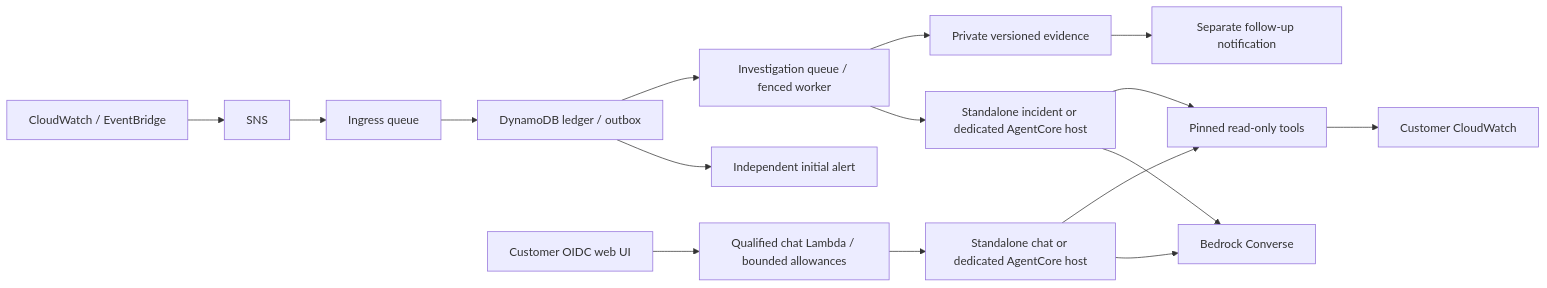
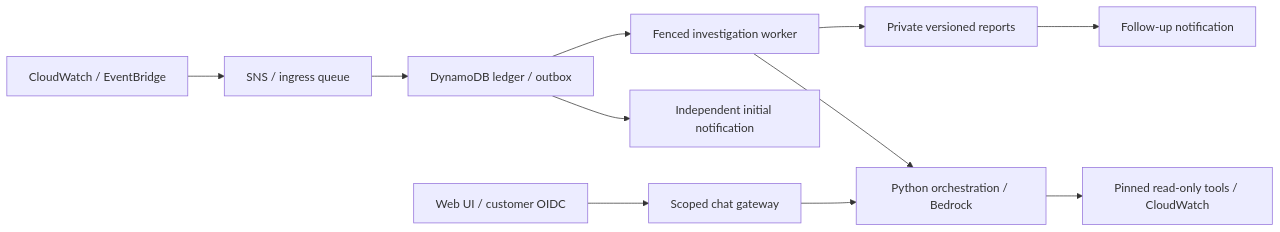
Before and after one commit to hamzashah14/Argus: the diagram in README.md, drawn with Mermaid. The commit also changed other lines of this file and 128 other files, not shown here.

````diff
--- a/README.md
+++ b/README.md
@@ -28,18 +19,13 @@
 ```mermaid
 flowchart LR
-    Events[CloudWatch / EventBridge] --> SNS[SNS]
-    SNS --> Ingress[Ingress queue]
+    Events[CloudWatch / EventBridge] --> Ingress[SNS / ingress queue]
     Ingress --> Ledger[DynamoDB ledger / outbox]
-    Ledger --> Initial[Independent initial alert]
-    Ledger --> Work[Investigation queue / fenced worker]
-    UI[Customer OIDC web UI] --> Chat[Qualified chat Lambda / bounded allowances]
-    Chat --> ChatTarget[Standalone chat or dedicated AgentCore host]
-    Work --> Target[Standalone incident or dedicated AgentCore host]
-    ChatTarget --> Model[Bedrock Converse]
-    Target --> Model
-    ChatTarget --> Tools[Pinned read-only tools]
-    Target --> Tools
-    Tools --> CW[Customer CloudWatch]
-    Work --> Evidence[Private versioned evidence]
-    Evidence --> Followup[Separate follow-up notification]
+    Ledger --> Alert[Independent initial notification]
+    Ledger --> Worker[Fenced investigation worker]
+    UI[Web UI / customer OIDC] --> Chat[Scoped chat gateway]
+    Chat --> Runtime[Python orchestration / Bedrock]
+    Worker --> Runtime
+    Runtime --> Tools[Pinned read-only tools / CloudWatch]
+    Worker --> Evidence[Private versioned reports]
+    Evidence --> Followup[Follow-up notification]
 ```
````
